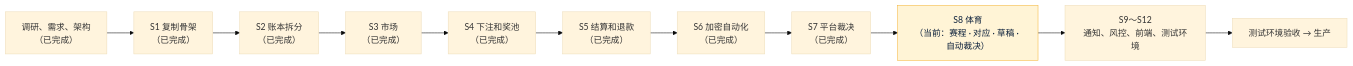
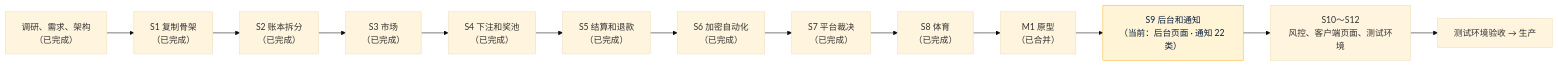
One commit to dollar3651314/forecast changed the diagram in 项目地图.md. Above: the diagram before and after it, drawn with Mermaid (base theme). The commit also changed other lines of this file and 5 other files, not shown here.

First line of the commit message:
S9 文档：开发记录、项目地图 v0.15、项目索引 v0.15（补回 M1 条目）、入口文件；端到端参数设置用例限定卡片

````diff
--- a/项目地图.md
+++ b/项目地图.md
@@ -11,5 +11,5 @@
 ```mermaid
 flowchart LR
-    R["调研、需求、架构<br/>（已完成）"] --> S1["S1 复制骨架<br/>（已完成）"] --> S2["S2 账本拆分<br/>（已完成）"] --> S3["S3 市场<br/>（已完成）"] --> S4["S4 下注和奖池<br/>（已完成）"] --> S5["S5 结算和退款<br/>（已完成）"] --> S6["S6 加密自动化<br/>（已完成）"] --> S7["S7 平台裁决<br/>（已完成）"] --> S8["S8 体育<br/>（当前：赛程 · 对应 · 草稿 · 自动裁决）"]:::now --> S9["S9～S12<br/>通知、风控、前端、测试环境"] --> T["测试环境验收 → 生产"]
+    R["调研、需求、架构<br/>（已完成）"] --> S1["S1 复制骨架<br/>（已完成）"] --> S2["S2 账本拆分<br/>（已完成）"] --> S3["S3 市场<br/>（已完成）"] --> S4["S4 下注和奖池<br/>（已完成）"] --> S5["S5 结算和退款<br/>（已完成）"] --> S6["S6 加密自动化<br/>（已完成）"] --> S7["S7 平台裁决<br/>（已完成）"] --> S8["S8 体育<br/>（已完成）"] --> M1["M1 原型<br/>（已合并）"] --> S9["S9 后台和通知<br/>（当前：后台页面 · 通知 22 类）"]:::now --> S10["S10～S12<br/>风控、客户端页面、测试环境"] --> T["测试环境验收 → 生产"]
     classDef now fill:#FFF4D6,stroke:#F5B83D,color:#0B1F3A
 ```
````
